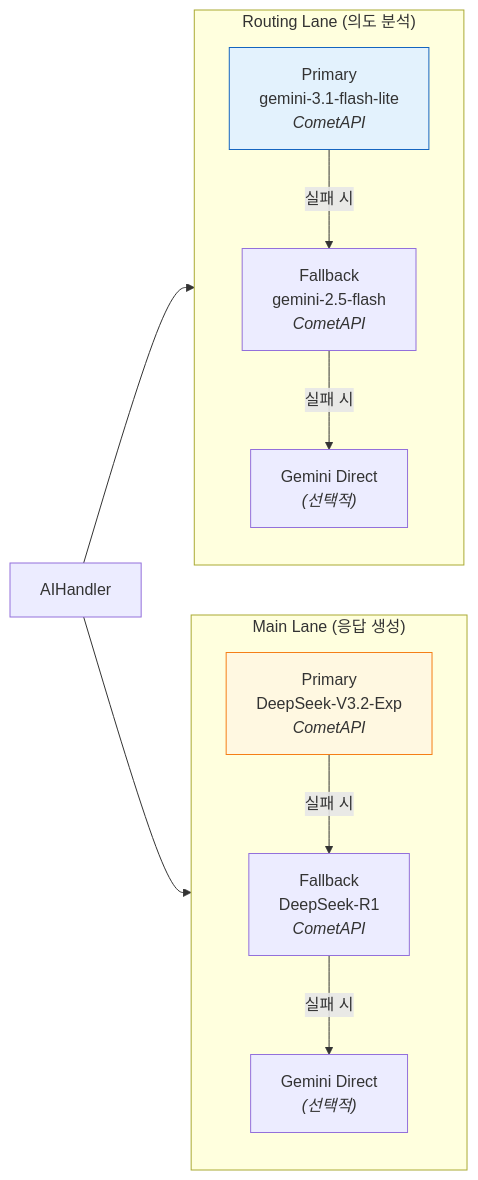
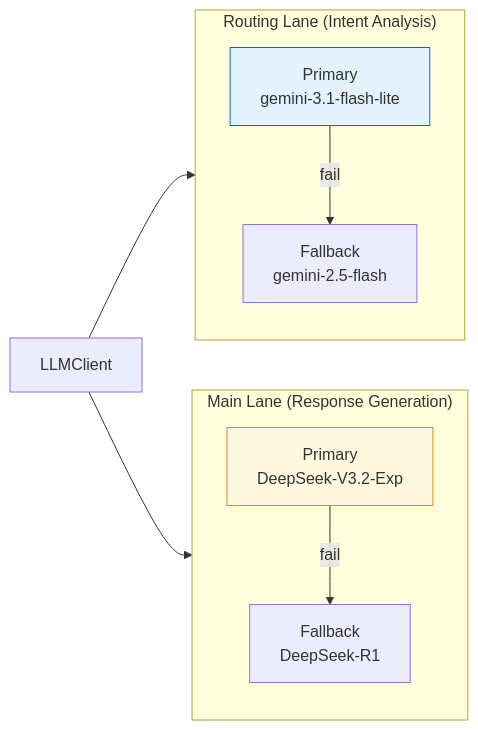
One commit to kim0040/masamong changed the diagram in README.md. Above: the diagram before and after it, drawn with Mermaid. The commit also changed other lines of this file and 5 other files, not shown here.

First line of the commit message:
docs: restructure README — English primary, link to UML/arch docs

````diff
--- a/README.md
+++ b/README.md
@@ -67,22 +156,20 @@
 ```mermaid
 flowchart LR
-    subgraph RoutingLane["Routing Lane (의도 분석)"]
-        RP["Primary<br/>gemini-3.1-flash-lite<br/><i>CometAPI</i>"]
-        RF["Fallback<br/>gemini-2.5-flash<br/><i>CometAPI</i>"]
-        RP -->|"실패 시"| RF
-        RF -->|"실패 시"| RD["Gemini Direct<br/><i>(선택적)</i>"]
+    subgraph Routing["Routing Lane (Intent Analysis)"]
+        RP["Primary<br/>gemini-3.1-flash-lite"]
+        RF["Fallback<br/>gemini-2.5-flash"]
+        RP -->|"fail"| RF
     end
 
-    subgraph MainLane["Main Lane (응답 생성)"]
-        MP["Primary<br/>DeepSeek-V3.2-Exp<br/><i>CometAPI</i>"]
-        MF["Fallback<br/>DeepSeek-R1<br/><i>CometAPI</i>"]
-        MP -->|"실패 시"| MF
-        MF -->|"실패 시"| MD["Gemini Direct<br/><i>(선택적)</i>"]
+    subgraph Main["Main Lane (Response Generation)"]
+        MP["Primary<br/>DeepSeek-V3.2-Exp"]
+        MF["Fallback<br/>DeepSeek-R1"]
+        MP -->|"fail"| MF
     end
 
-    Caller["AIHandler"] --> RoutingLane
-    Caller --> MainLane
+    Caller["LLMClient"] --> Routing
+    Caller --> Main
 
     style RP fill:#e3f2fd,stroke:#1565c0
     style MP fill:#fff8e1,stroke:#f57f17
 ```
````
